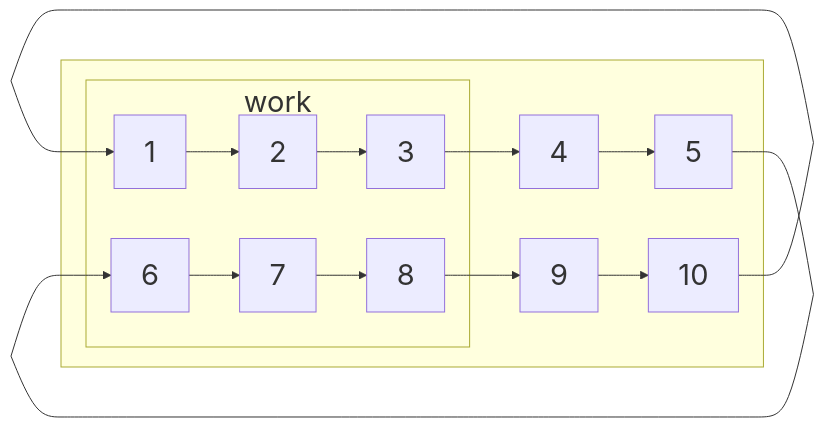
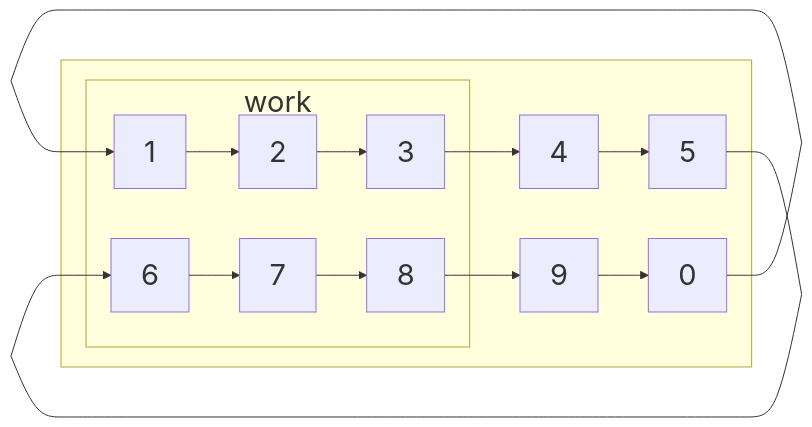
One commit to maptv/maptv.github.io changed the fourth of 6 diagrams in dec/date/index.qmd. Above: the diagram before and after it, drawn with Mermaid. The commit also changed other lines of this file and 1 other file, not shown here.

Commit message:
Changed files: dec/date/index.qmd git/index_files/figure-commonmark/mermaid-figure-2.png

````diff
--- a/dec/date/index.qmd
+++ b/dec/date/index.qmd
@@ -283,29 +272,29 @@
 ```{mermaid}
 %%| label: onebasedpent
 %%{init: {'theme': 'default', 'themeVariables': { 'fontSize': '29px'}}}%%
 flowchart LR
   B~~~M[ ]:::empty----N[ ]:::empty
   W---M
   N---O[ ]:::empty
   Q[ ]:::empty---L
   W[ ]:::empty-->A[1]-->B[2]-->C[3]-->D[4]-->E[5]---L[ ]:::empty
-  Y[ ]:::empty-->F[6]-->G[7]-->H[8]-->I[9]-->J[10]---O[ ]:::empty
+  Y[ ]:::empty-->F[6]-->G[7]-->H[8]-->I[9]-->J[0]---O[ ]:::empty
   B~~~P[ ]:::empty---Q
   Y---P
   subgraph workdays[work]
   A
   B
   C
   F
   G
   H
   end
   subgraph restdays[ ]
   D
   E
   I
   J
   workdays
   end
   classDef empty width:0px;
 ```
````
